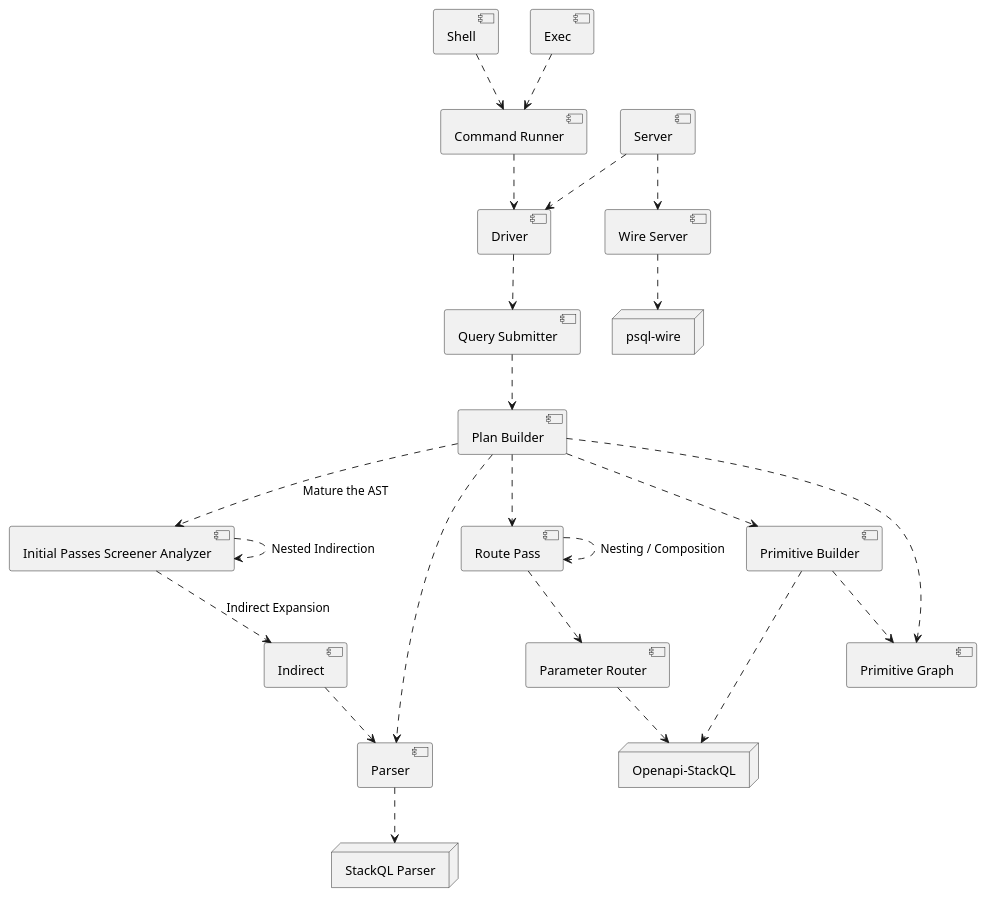
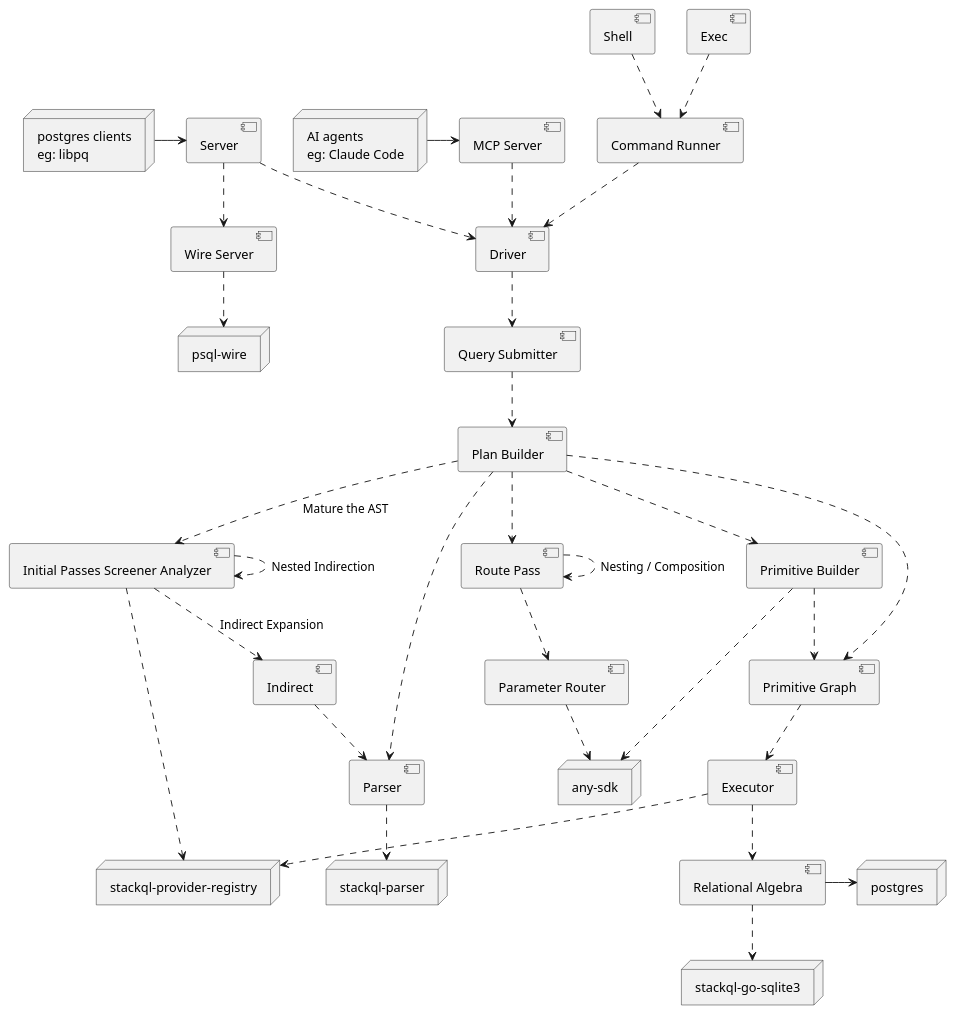
One commit to stackql/stackql changed the diagram in docs/diagrams/plantuml/hld-components.puml. Above: the diagram before and after it, drawn with PlantUML. The commit also changed 5 other files, not shown here.

```diff
--- a/docs/diagrams/plantuml/hld-components.puml
+++ b/docs/diagrams/plantuml/hld-components.puml
@@ -1,32 +1,46 @@
 @startuml
 
-node "Openapi-StackQL" as OpenapiStackQL
-node "StackQL Parser" as StackQLParser
+node "any-sdk" as AnySdk
+node "stackql-parser" as StackQLParser
 node "psql-wire" as PsqlWire
+node "stackql-provider-registry" as ProviderRegistry
+node "stackql-go-sqlite3" as StackqlSqlite
+node "postgres" as Postgres
+node "postgres clients\neg: libpq" as PostgresClient
+node "AI agents\neg: Claude Code" as AIAgent
 
 [Shell] ..> [Command Runner]
 [Exec] ..> [Command Runner]
 [Command Runner] ..> [Driver]
+PostgresClient ->  [Server]
 [Server] ..> [Driver]
 [Server] ..> [Wire Server]
 [Wire Server] ..> PsqlWire
+[MCP Server] ..> [Driver]
+AIAgent -> [MCP Server]
 [Driver] ..> [Query Submitter]
 [Query Submitter] ..> [Plan Builder]
 [Plan Builder] ..> [Initial Passes Screener Analyzer] : Mature the AST
 [Initial Passes Screener Analyzer] ..> [Initial Passes Screener Analyzer] : Nested Indirection
 [Initial Passes Screener Analyzer] ..> [Indirect] : Indirect Expansion
+[Initial Passes Screener Analyzer] ..> ProviderRegistry
 [Plan Builder] ..> [Parser]
 [Indirect] ..> [Parser]
 [Parser] ..> StackQLParser
 [Plan Builder] ..> [Route Pass]
 [Plan Builder] ..> [Primitive Builder]
 [Primitive Builder] ..> [Primitive Graph]
 [Plan Builder] ..> [Primitive Graph]
-[Primitive Builder] ..> OpenapiStackQL
+[Primitive Graph] ..> [Executor]
+[Executor] ..> [Relational Algebra]
+[Executor] ..> ProviderRegistry
+[Relational Algebra] ..> StackqlSqlite
+[Relational Algebra] -> Postgres
+[Primitive Builder] ..> AnySdk
 [Route Pass] ..> [Parameter Router]
-[Parameter Router] ..> OpenapiStackQL
+[Parameter Router] ..> AnySdk
 [Route Pass] ..> [Route Pass] : Nesting / Composition
 
 
 
 @enduml
```
